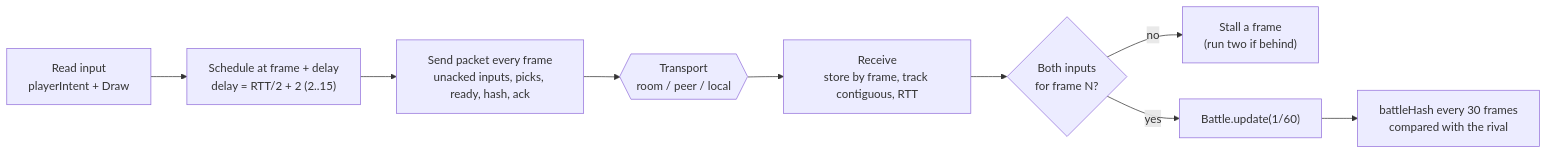
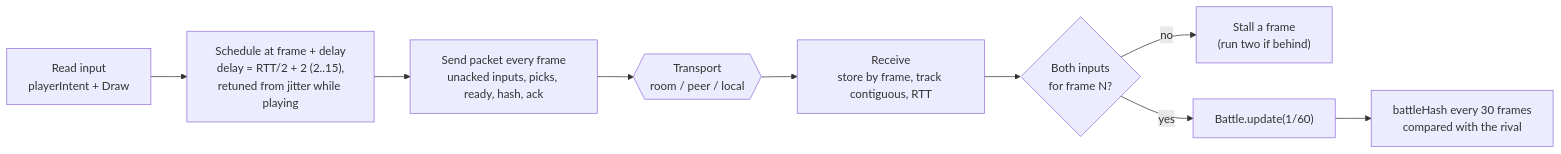
One commit to WesleyT4N/spell-vs-steel changed the third of 14 diagrams in docs/ARCHITECTURE.md. Above: the diagram before and after it, drawn with Mermaid. The commit also changed other lines of this file, not shown here.

First line of the commit message:
Architecture doc: saves module, lockstep driver and soak test, Hard CPU and styles, balance sweep and tuner

````diff
--- a/docs/ARCHITECTURE.md
+++ b/docs/ARCHITECTURE.md
@@ -105,11 +105,11 @@
 ```mermaid
 flowchart LR
-  read["Read input<br/>playerIntent + Draw"] --> sched["Schedule at frame + delay<br/>delay = RTT/2 + 2 (2..15)"]
+  read["Read input<br/>playerIntent + Draw"] --> sched["Schedule at frame + delay<br/>delay = RTT/2 + 2 (2..15),<br/>retuned from jitter while playing"]
   sched --> send["Send packet every frame<br/>unacked inputs, picks, ready, hash, ack"]
   send --> tr{{"Transport<br/>room / peer / local"}}
   tr --> recv["Receive<br/>store by frame, track contiguous, RTT"]
   recv --> ready{"Both inputs<br/>for frame N?"}
   ready -- no --> stall["Stall a frame<br/>(run two if behind)"]
   ready -- yes --> step["Battle.update(1/60)"]
   step --> hash["battleHash every 30 frames<br/>compared with the rival"]
 ```
````
